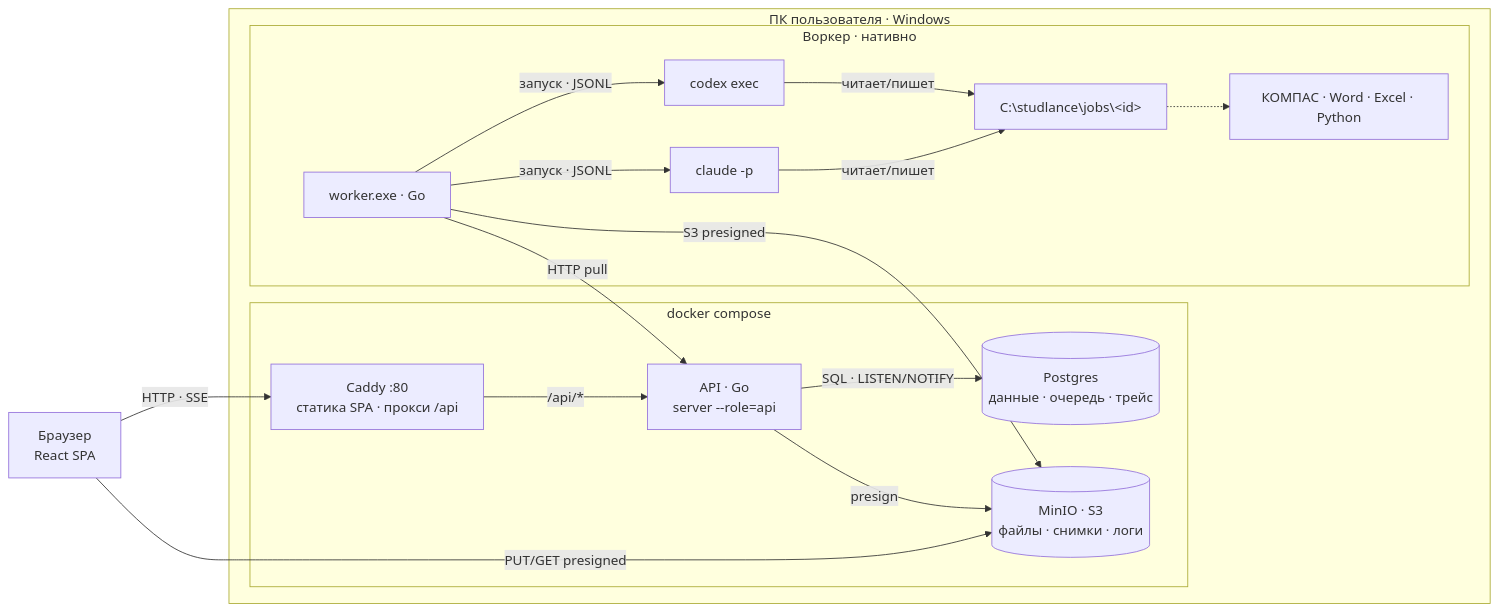
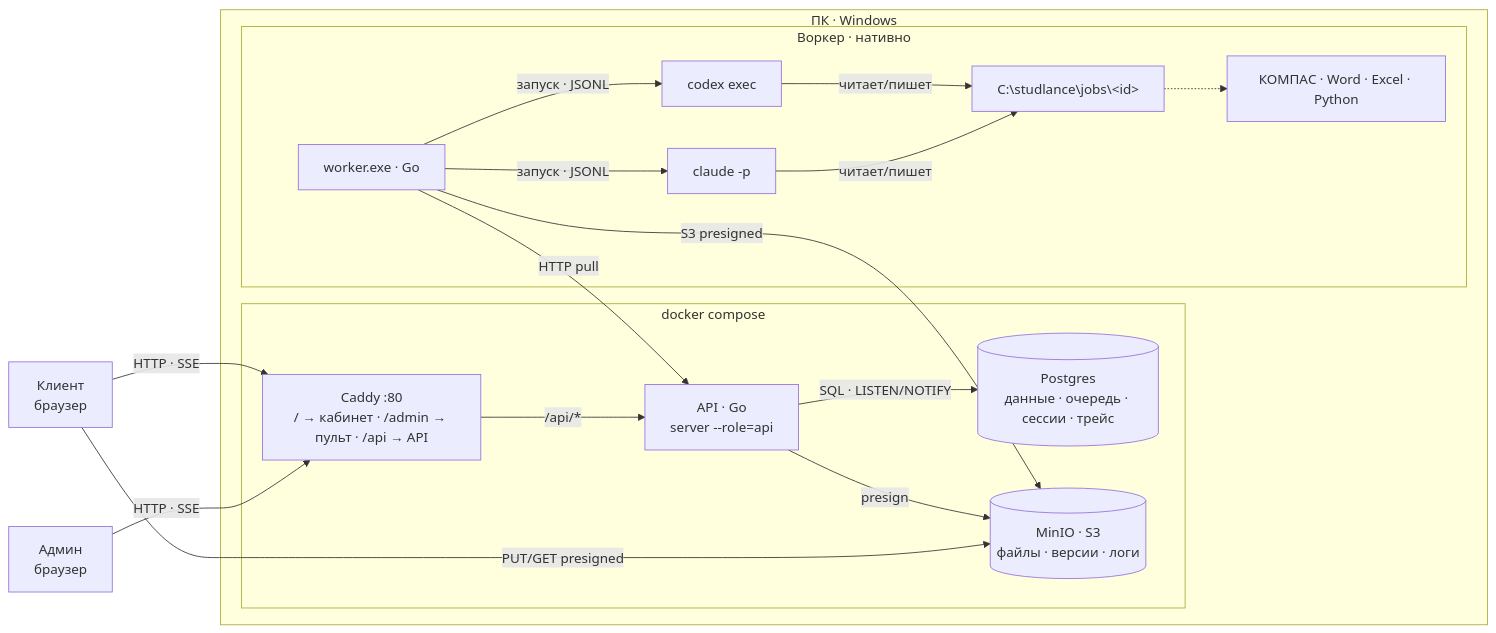
One commit to luckydiss/studlance_ai changed the first of 3 diagrams in docs/ARCHITECTURE.md. Above: the diagram before and after it, drawn with Mermaid. The commit also changed other lines of this file and 1 other file, not shown here.

First line of the commit message:
Add client portal, admin console, auth and revisions to architecture

````diff
--- a/docs/ARCHITECTURE.md
+++ b/docs/ARCHITECTURE.md
@@ -40,31 +49,33 @@
 ```mermaid
 flowchart LR
-  B["Браузер<br/>React SPA"]
-  subgraph PC["ПК пользователя · Windows"]
+  BC["Клиент<br/>браузер"]
+  BA["Админ<br/>браузер"]
+  subgraph PC["ПК · Windows"]
     subgraph DC["docker compose"]
-      C["Caddy :80<br/>статика SPA · прокси /api"]
+      C["Caddy :80<br/>/ → кабинет · /admin → пульт · /api → API"]
       A["API · Go<br/>server --role=api"]
-      P[("Postgres<br/>данные · очередь · трейс")]
-      M[("MinIO · S3<br/>файлы · снимки · логи")]
+      P[("Postgres<br/>данные · очередь · сессии · трейс")]
+      M[("MinIO · S3<br/>файлы · версии · логи")]
     end
     subgraph W["Воркер · нативно"]
       WK["worker.exe · Go"]
       CX["codex exec"]
       CL["claude -p"]
       WS["C:\studlance\jobs\&lt;id&gt;"]
       T["КОМПАС · Word · Excel · Python"]
     end
   end
-  B -- "HTTP · SSE" --> C
+  BC -- "HTTP · SSE" --> C
+  BA -- "HTTP · SSE" --> C
   C -- "/api/*" --> A
   A -- "SQL · LISTEN/NOTIFY" --> P
   A -- presign --> M
-  B -- "PUT/GET presigned" --> M
+  BC -- "PUT/GET presigned" --> M
   WK -- "HTTP pull" --> A
   WK -- "S3 presigned" --> M
   WK -- "запуск · JSONL" --> CX
   WK -- "запуск · JSONL" --> CL
   CX -- "читает/пишет" --> WS
   CL -- "читает/пишет" --> WS
   WS -.-> T
 ```
````
